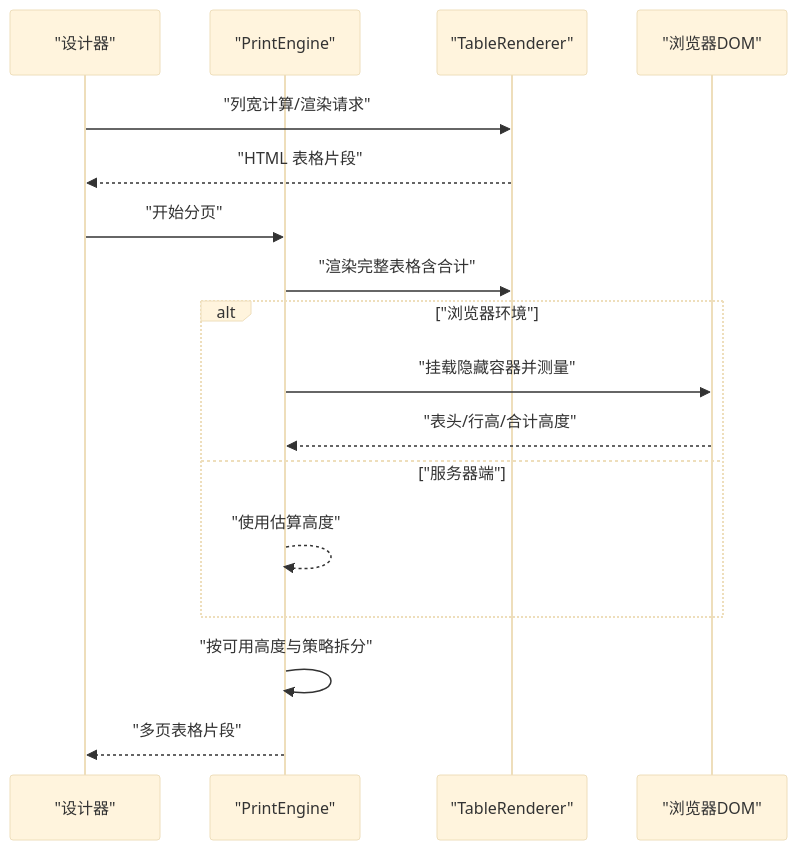
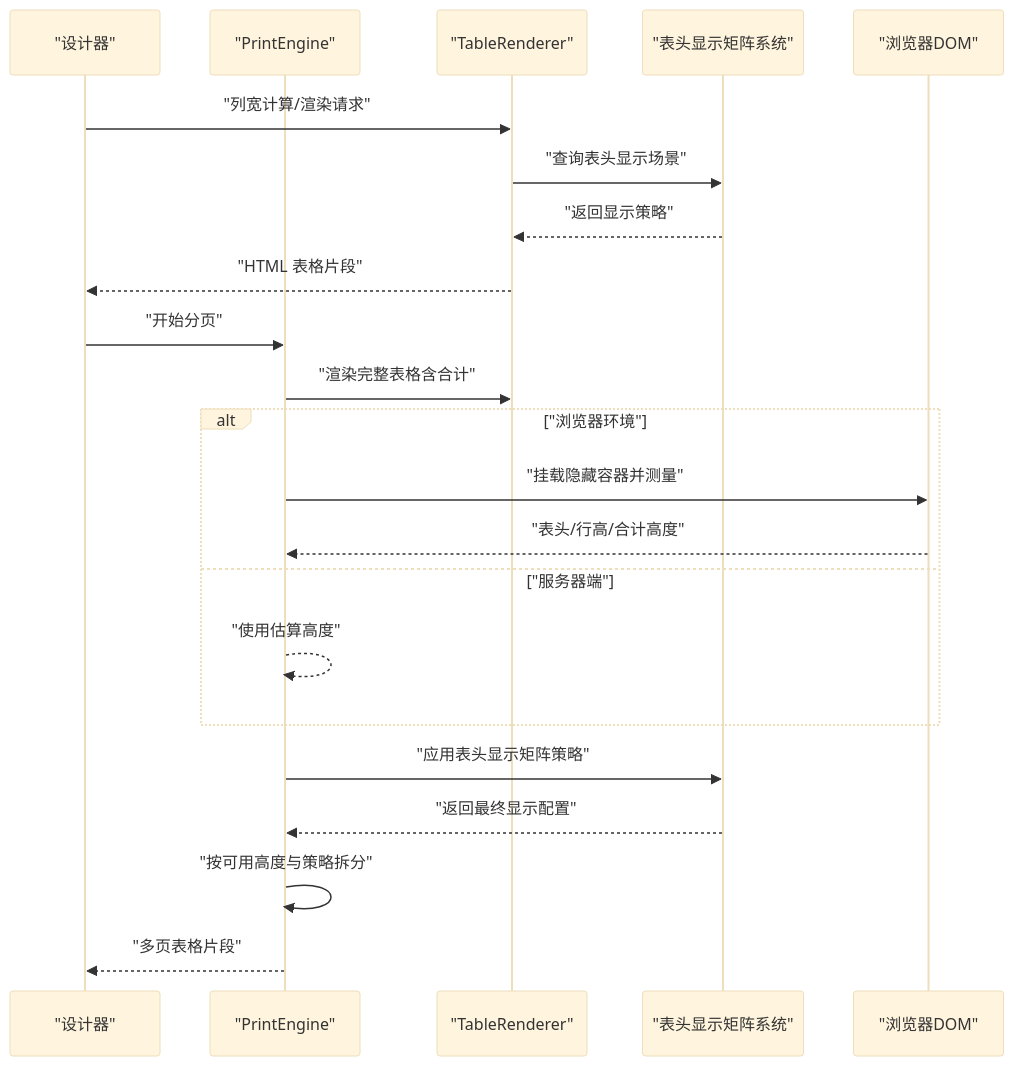
Before and after one commit to joker-yjc/printer: the second of 10 diagrams in .qoder/repowiki/zh/content/项目概述/核心特性/打印引擎系统/表格智能渲染.md, drawn with Mermaid (base theme). The commit also changed other lines of this file and 61 other files, not shown here.

````diff
--- a/.qoder/repowiki/zh/content/项目概述/核心特性/打印引擎系统/表格智能渲染.md
+++ b/.qoder/repowiki/zh/content/项目概述/核心特性/打印引擎系统/表格智能渲染.md
@@ -108,19 +120,24 @@
 ```mermaid
 sequenceDiagram
 participant D as "设计器"
 participant P as "PrintEngine"
 participant R as "TableRenderer"
+participant M as "表头显示矩阵系统"
 participant DOM as "浏览器DOM"
 D->>R : "列宽计算/渲染请求"
+R->>M : "查询表头显示场景"
+M-->>R : "返回显示策略"
 R-->>D : "HTML 表格片段"
 D->>P : "开始分页"
 P->>R : "渲染完整表格含合计"
 alt "浏览器环境"
 P->>DOM : "挂载隐藏容器并测量"
 DOM-->>P : "表头/行高/合计高度"
 else "服务器端"
 P-->>P : "使用估算高度"
 end
+P->>M : "应用表头显示矩阵策略"
+M-->>P : "返回最终显示配置"
 P->>P : "按可用高度与策略拆分"
 P-->>D : "多页表格片段"
 ```
````
